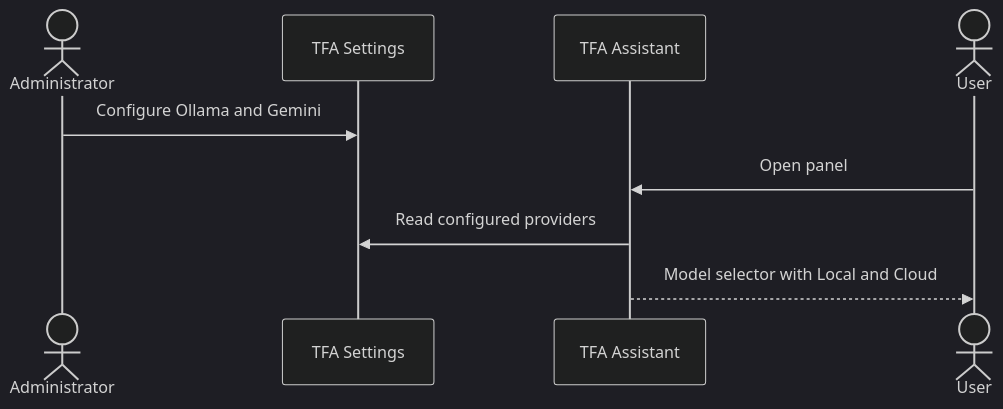
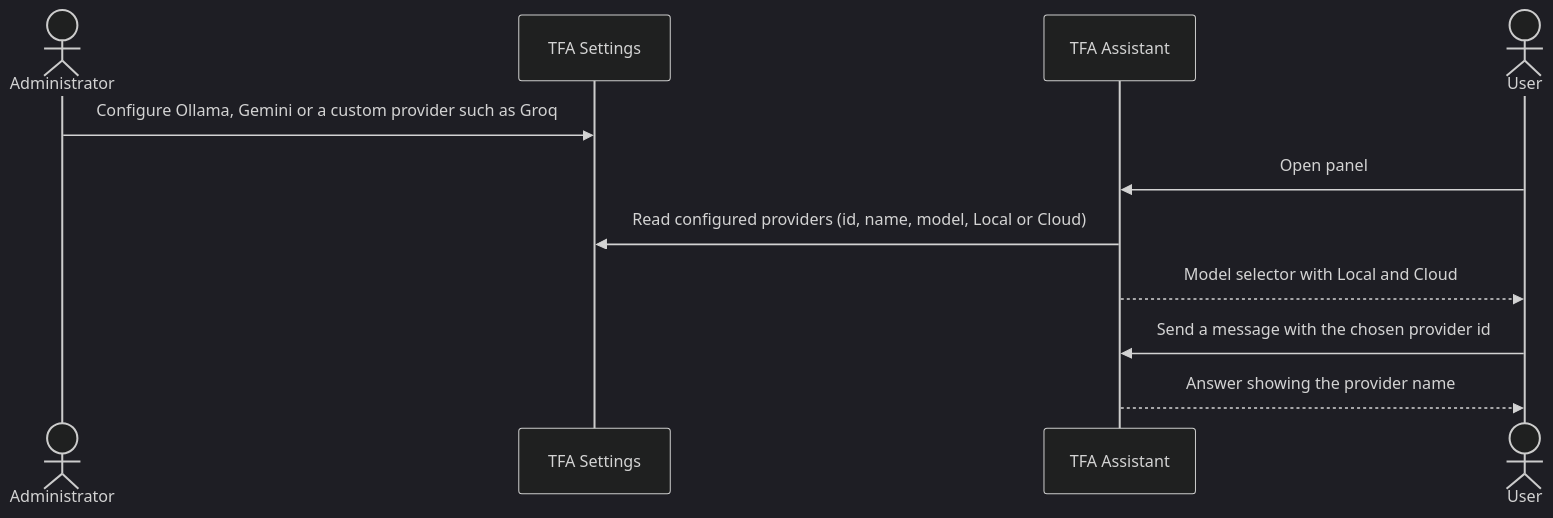
Diagram 11 of 11 in TF - Documents/TF - FRD/08-TFA-Assistant/08.1-Assistant/FRD-Assistant.md (jojogeorge3344/TaskFlow-Project), drawn with Mermaid (dark theme) before and after one commit. The commit also changed other lines of this file and 8 other files, not shown here.

First line of the commit message:
docs(tfa): document custom AI providers in the TFA Settings and Assistant docs

````diff
--- a/TF - Documents/TF - FRD/08-TFA-Assistant/08.1-Assistant/FRD-Assistant.md
+++ b/TF - Documents/TF - FRD/08-TFA-Assistant/08.1-Assistant/FRD-Assistant.md
@@ -670,11 +673,13 @@
 ```mermaid
 sequenceDiagram
   actor A as Administrator
   participant C as TFA Settings
   participant T as TFA Assistant
   actor U as User
-  A->>C: Configure Ollama and Gemini
+  A->>C: Configure Ollama, Gemini or a custom provider such as Groq
   U->>T: Open panel
-  T->>C: Read configured providers
+  T->>C: Read configured providers (id, name, model, Local or Cloud)
   T-->>U: Model selector with Local and Cloud
+  U->>T: Send a message with the chosen provider id
+  T-->>U: Answer showing the provider name
 ```
````
